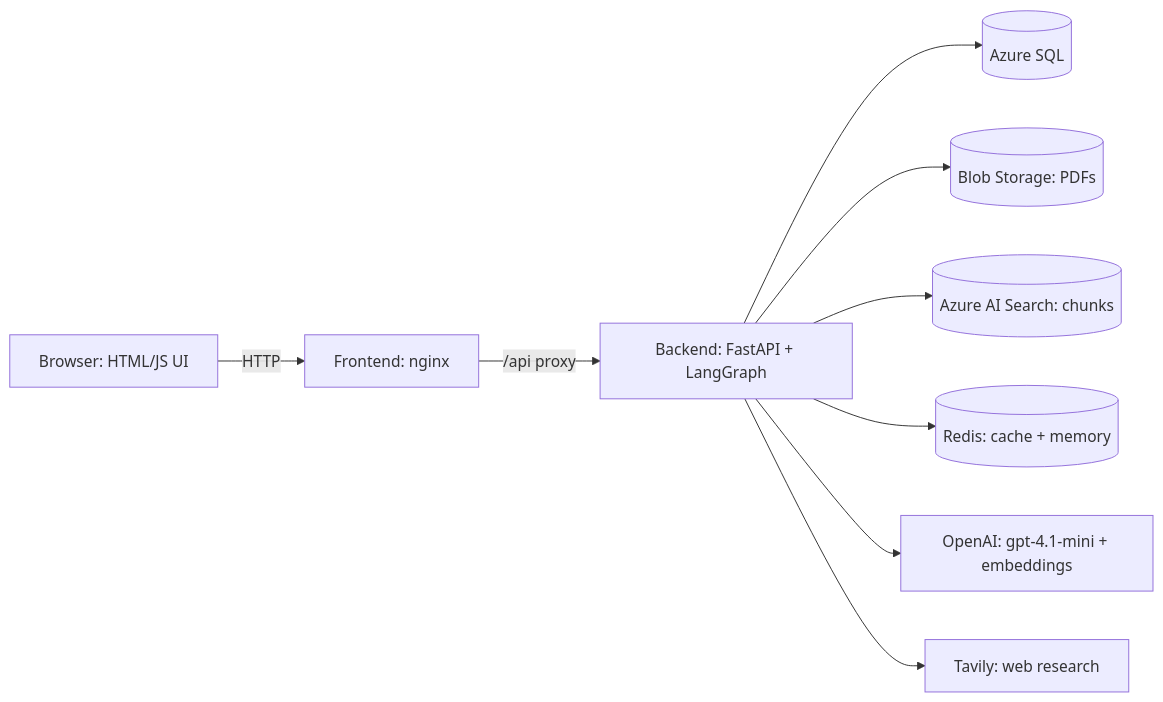
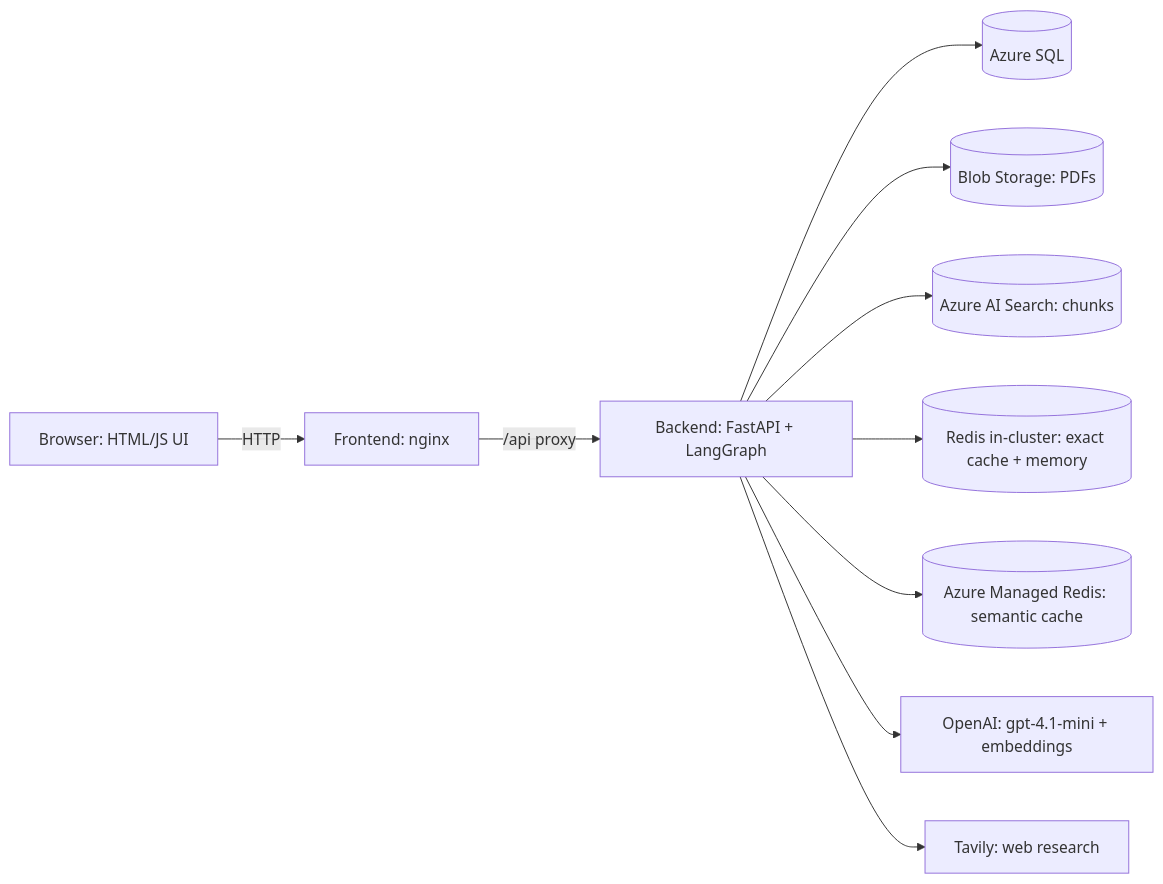
The diagram in README.md (kuntal2022/Pharma_Study_Helper), drawn with Mermaid before and after one commit. The commit also changed other lines of this file, not shown here.

````diff
--- a/README.md
+++ b/README.md
@@ -21,11 +21,12 @@
 ```mermaid
 flowchart LR
   U[Browser: HTML/JS UI] -->|HTTP| FE[Frontend: nginx]
   FE -->|/api proxy| BE[Backend: FastAPI + LangGraph]
   BE --> SQL[(Azure SQL)]
   BE --> BLOB[(Blob Storage: PDFs)]
   BE --> AIS[(Azure AI Search: chunks)]
-  BE --> RED[(Redis: cache + memory)]
+  BE --> RED[(Redis in-cluster: exact cache + memory)]
+  BE --> AMR[(Azure Managed Redis: semantic cache)]
   BE --> OAI[OpenAI: gpt-4.1-mini + embeddings]
   BE --> TAV[Tavily: web research]
 ```
````
